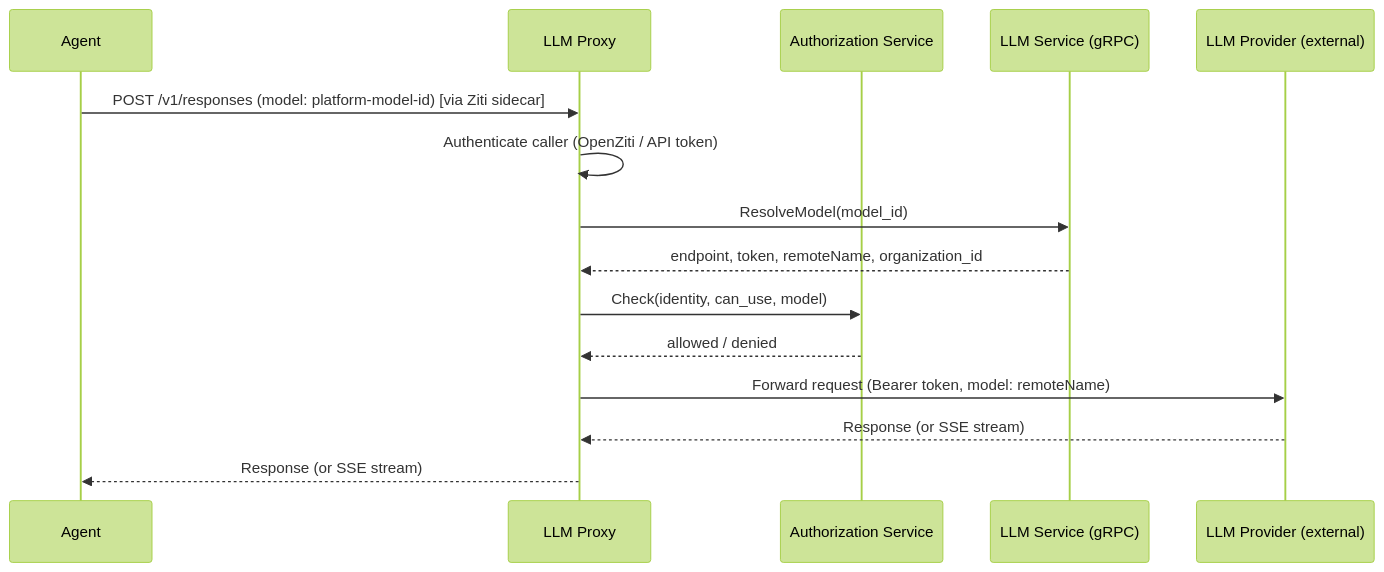
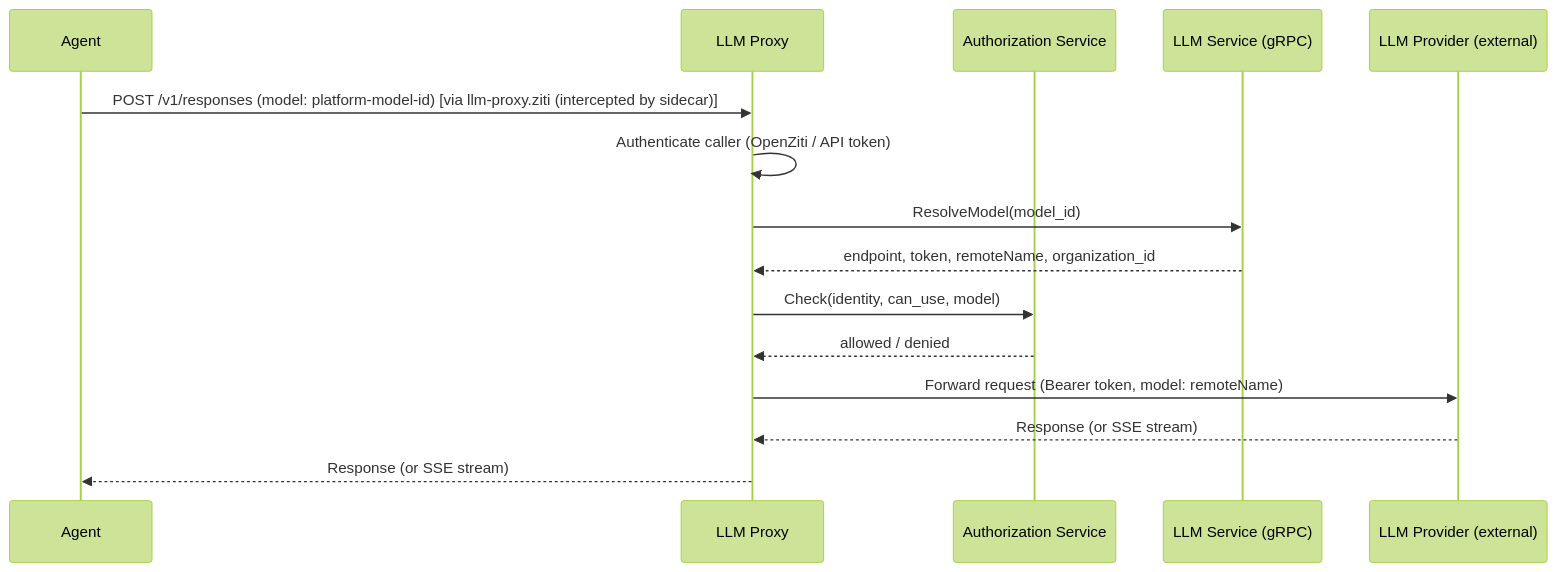
Before and after one commit to agynio/architecture: the diagram in architecture/llm-proxy.md, drawn with Mermaid (forest theme). The commit also changed other lines of this file and 5 other files, not shown here.

Commit message:
fix: describe ziti sidecar interception

````diff
--- a/architecture/llm-proxy.md
+++ b/architecture/llm-proxy.md
@@ -56,18 +56,18 @@
 ```mermaid
 sequenceDiagram
     participant A as Agent
     participant P as LLM Proxy
     participant Auth as Authorization Service
     participant L as LLM Service (gRPC)
     participant E as LLM Provider (external)
 
-    A->>P: POST /v1/responses (model: platform-model-id) [via Ziti sidecar]
+    A->>P: POST /v1/responses (model: platform-model-id) [via llm-proxy.ziti (intercepted by sidecar)]
     P->>P: Authenticate caller (OpenZiti / API token)
     P->>L: ResolveModel(model_id)
     L-->>P: endpoint, token, remoteName, organization_id
     P->>Auth: Check(identity, can_use, model)
     Auth-->>P: allowed / denied
     P->>E: Forward request (Bearer token, model: remoteName)
     E-->>P: Response (or SSE stream)
     P-->>A: Response (or SSE stream)
 ```
````
